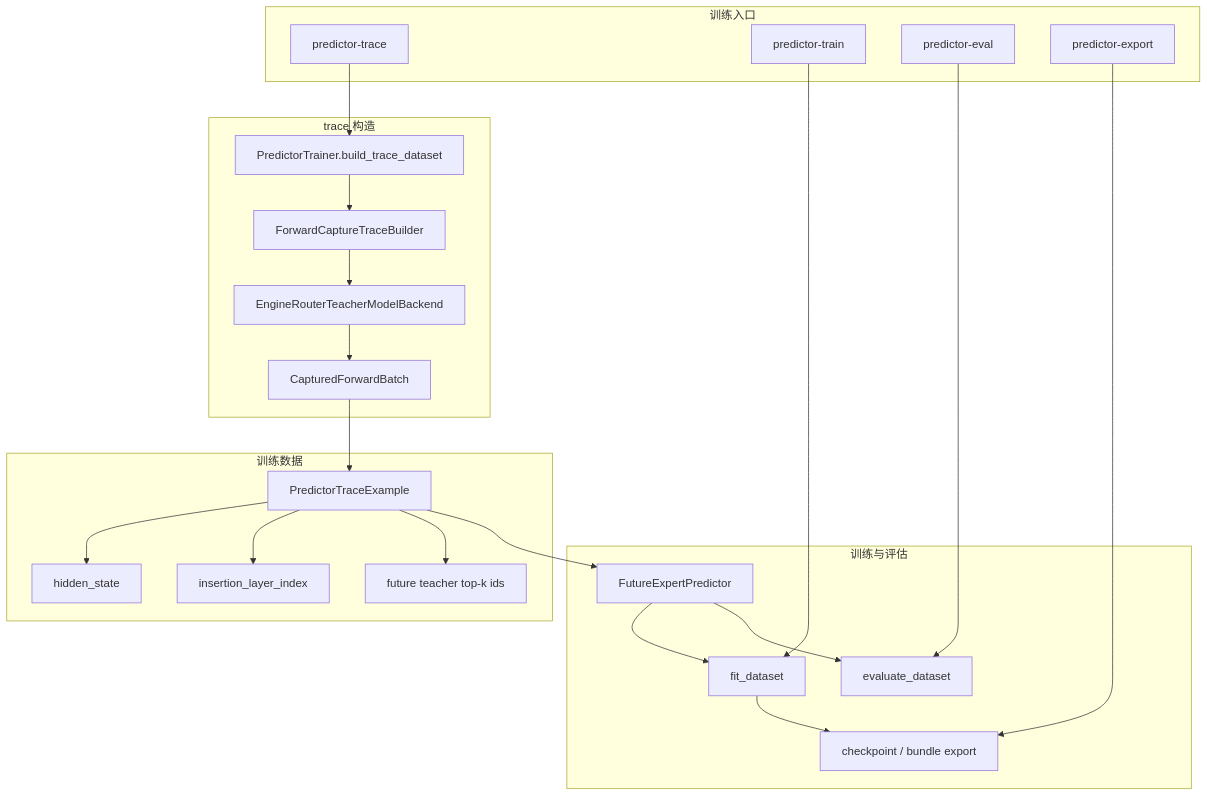
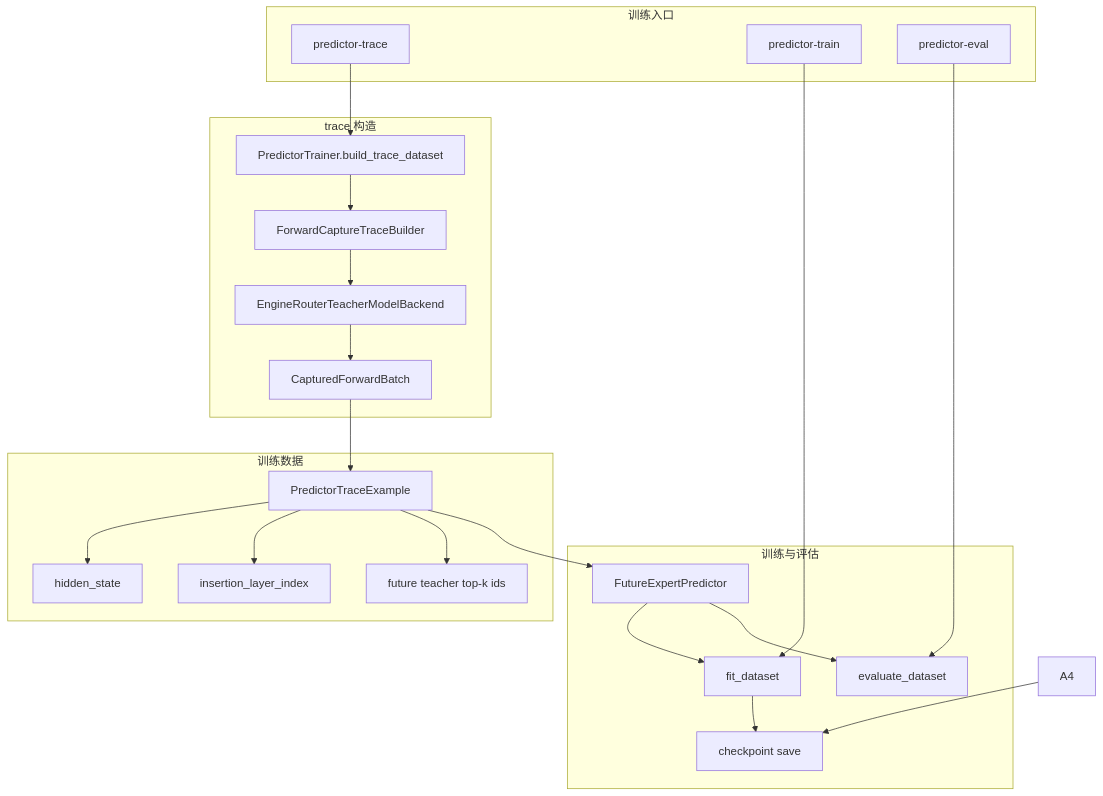
One commit to jiaminres/CFIE changed the diagram in docs/架构图文档/02_训练主线二_Predictor路由MoE/01_真实隐藏状态训练闭环.md. Above: the diagram before and after it, drawn with Mermaid. The commit also changed 6 other files, not shown here.

````diff
--- a/docs/架构图文档/02_训练主线二_Predictor路由MoE/01_真实隐藏状态训练闭环.md
+++ b/docs/架构图文档/02_训练主线二_Predictor路由MoE/01_真实隐藏状态训练闭环.md
@@ -9,43 +9,42 @@
 ```mermaid
 flowchart TB
     subgraph CLI["训练入口"]
         A1["predictor-trace"]
         A2["predictor-train"]
         A3["predictor-eval"]
-        A4["predictor-export"]
     end
 
     subgraph Trace["trace 构造"]
         B1["PredictorTrainer.build_trace_dataset"]
         B2["ForwardCaptureTraceBuilder"]
         B3["EngineRouterTeacherModelBackend"]
         B4["CapturedForwardBatch"]
     end
 
     subgraph Dataset["训练数据"]
         C1["PredictorTraceExample"]
         C2["hidden_state"]
         C3["insertion_layer_index"]
         C4["future teacher top-k ids"]
     end
 
     subgraph Train["训练与评估"]
         D1["FutureExpertPredictor"]
         D2["fit_dataset"]
         D3["evaluate_dataset"]
-        D4["checkpoint / bundle export"]
+        D4["checkpoint save"]
     end
 
     A1 --> B1
     B1 --> B2 --> B3 --> B4
     B4 --> C1
     C1 --> C2
     C1 --> C3
     C1 --> C4
     A2 --> D2
     A3 --> D3
     A4 --> D4
     C1 --> D1
     D1 --> D2 --> D4
     D1 --> D3
 ```
````
